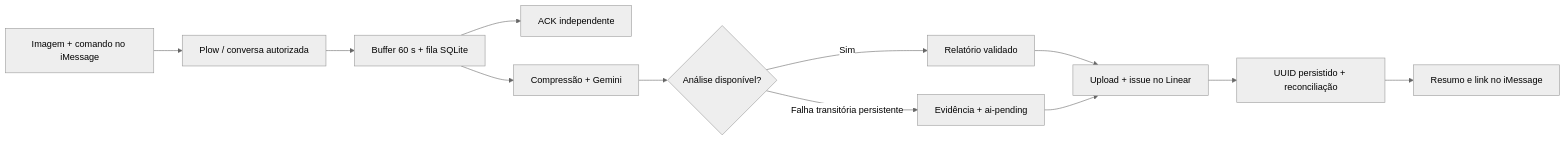
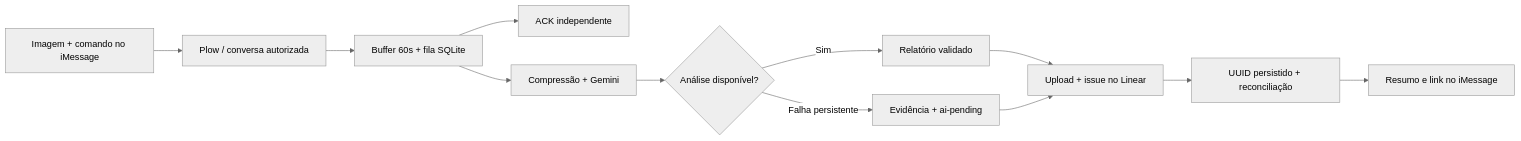
One commit to delattre1/omni-action-hub changed the diagram in README.md. Above: the diagram before and after it, drawn with Mermaid (neutral theme). The commit also changed other lines of this file and 43 other files, not shown here.

````diff
--- a/README.md
+++ b/README.md
@@ -28,14 +148,14 @@
 ```mermaid
 flowchart LR
   A[Imagem + comando no iMessage] --> B[Plow / conversa autorizada]
-  B --> C[Buffer 60 s + fila SQLite]
+  B --> C[Buffer 60s + fila SQLite]
   C --> D[ACK independente]
   C --> E[Compressão + Gemini]
   E --> F{Análise disponível?}
   F -->|Sim| G[Relatório validado]
-  F -->|Falha transitória persistente| H[Evidência + ai-pending]
+  F -->|Falha persistente| H[Evidência + ai-pending]
   G --> I[Upload + issue no Linear]
   H --> I
   I --> J[UUID persistido + reconciliação]
   J --> K[Resumo e link no iMessage]
 ```
````
